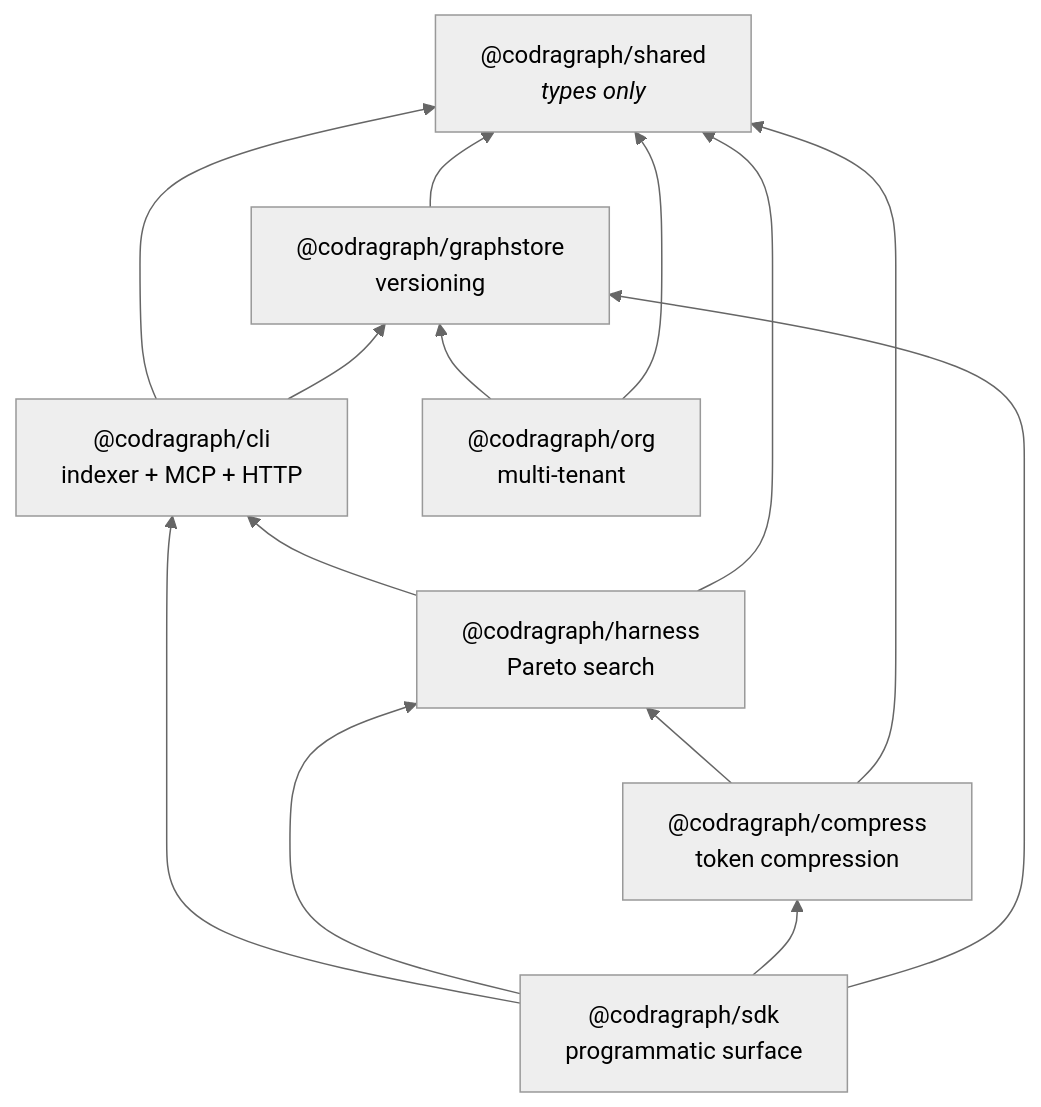
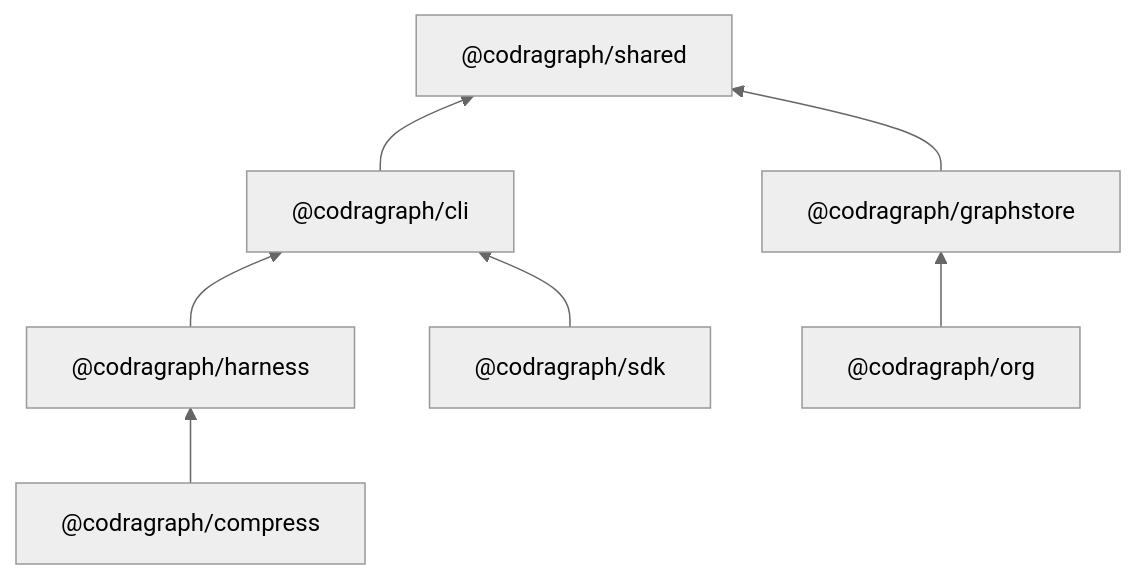
Before and after one commit to AnitChaudhry/CodraGraph: the third of 10 diagrams in README.md, drawn with Mermaid (neutral theme). The commit also changed other lines of this file and 163 other files, not shown here.

Commit message:
Implement feature cluster architecture and production polish

````diff
--- a/README.md
+++ b/README.md
@@ -122,24 +123,16 @@
 ```mermaid
 flowchart BT
-    shared["@codragraph/shared<br/><i>types only</i>"]
-    graphstore["@codragraph/graphstore<br/>versioning"]
-    cli["@codragraph/cli<br/>indexer + MCP + HTTP"]
-    harness["@codragraph/harness<br/>Pareto search"]
-    compress["@codragraph/compress<br/>token compression"]
-    sdk["@codragraph/sdk<br/>programmatic surface"]
-    org["@codragraph/org<br/>multi-tenant"]
-
+    shared["@codragraph/shared"]
+    graphstore["@codragraph/graphstore"]
+    cli["@codragraph/cli"]
+    harness["@codragraph/harness"]
+    compress["@codragraph/compress"]
+    sdk["@codragraph/sdk"]
+    org["@codragraph/org"]
+    cli --> shared
     graphstore --> shared
-    cli --> shared
-    cli --> graphstore
     harness --> cli
-    harness --> shared
     compress --> harness
-    compress --> shared
     sdk --> cli
-    sdk --> harness
-    sdk --> compress
-    sdk --> graphstore
     org --> graphstore
-    org --> shared
 ```
````
